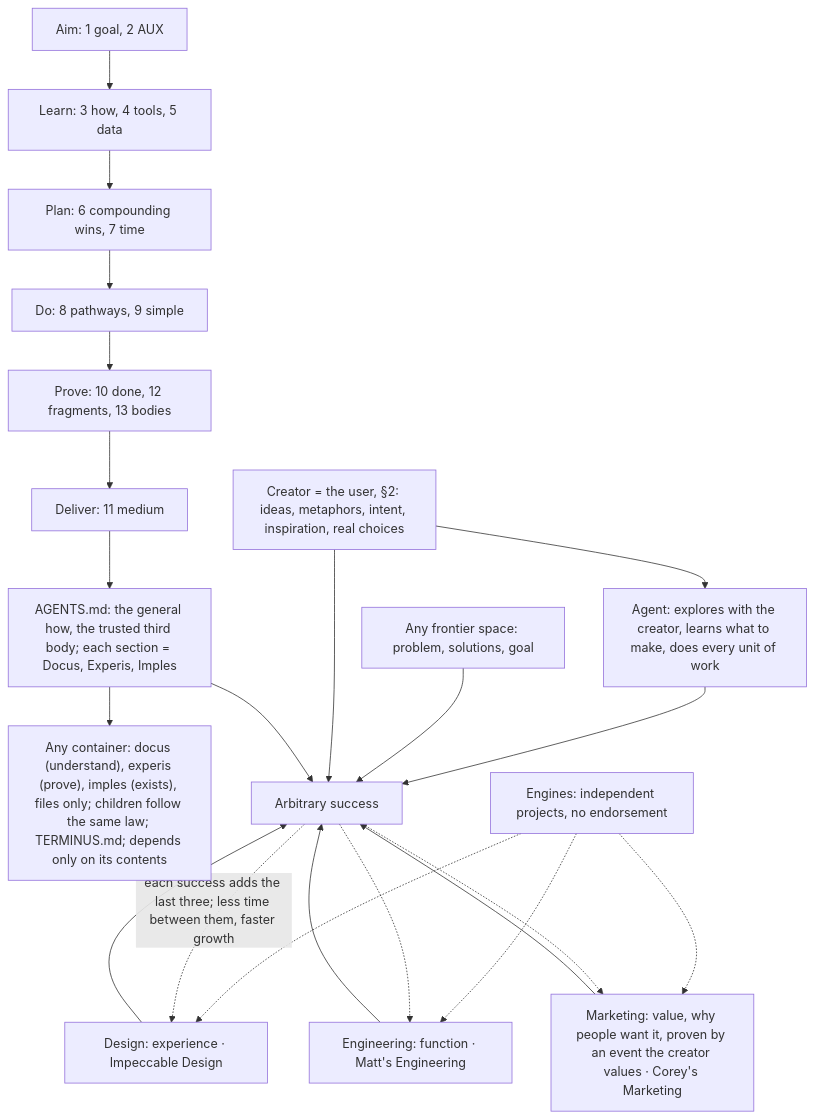
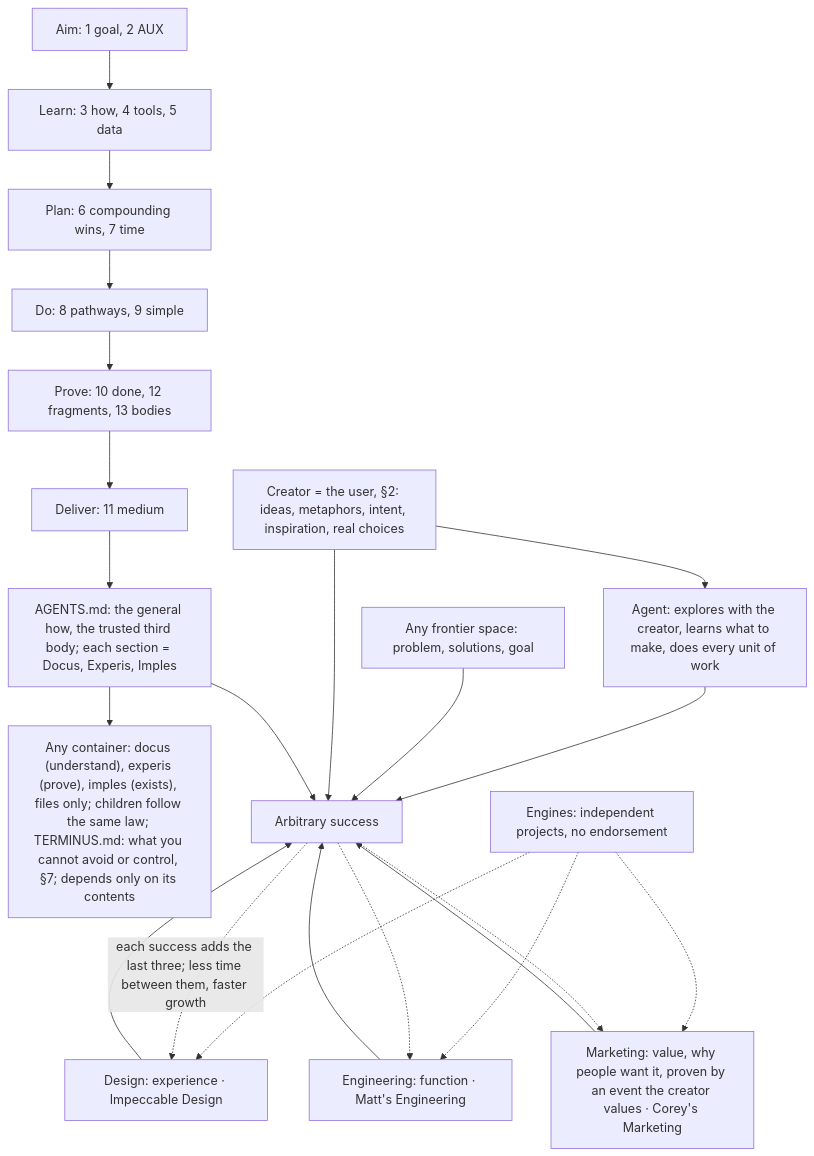
Before and after one commit to SolenixAI/arbiter: the first of 14 diagrams in AGENTS.md, drawn with Mermaid. The commit also changed other lines of this file, not shown here.

Commit message:
docs(agents): a terminus is an event you cannot avoid or control; push on its TTT

````diff
--- a/AGENTS.md
+++ b/AGENTS.md
@@ -53,19 +54,19 @@
 ```mermaid
 flowchart TD
   A[Aim: 1 goal, 2 AUX] --> L[Learn: 3 how, 4 tools, 5 data] --> P[Plan: 6 compounding wins, 7 time] --> D[Do: 8 pathways, 9 simple] --> V[Prove: 10 done, 12 fragments, 13 bodies] --> O[Deliver: 11 medium] --> F["AGENTS.md: the general how, the trusted third body; each section = Docus, Experis, Imples"]
-  F --> CT["Any container: docus (understand), experis (prove), imples (exists), files only; children follow the same law; TERMINUS.md; depends only on its contents"]
+  F --> CT["Any container: docus (understand), experis (prove), imples (exists), files only; children follow the same law; TERMINUS.md: what you cannot avoid or control, §7; depends only on its contents"]
   CR["Creator = the user, §2: ideas, metaphors, intent, inspiration, real choices"] --> AG[Agent: explores with the creator, learns what to make, does every unit of work]
   AG --> S[Arbitrary success]
   FS["Any frontier space: problem, solutions, goal"] --> S
   CR --> S
   F --> S
   DS[Design: experience · Impeccable Design] --> S
   EG[Engineering: function · Matt's Engineering] --> S
   SL[Marketing: value, why people want it, proven by an event the creator values · Corey's Marketing] --> S
   EN[Engines: independent projects, no endorsement] -.-> DS
   EN -.-> EG
   EN -.-> SL
   S -.->|"each success adds the last three; less time between them, faster growth"| DS
   S -.-> EG
   S -.-> SL
 ```
````
